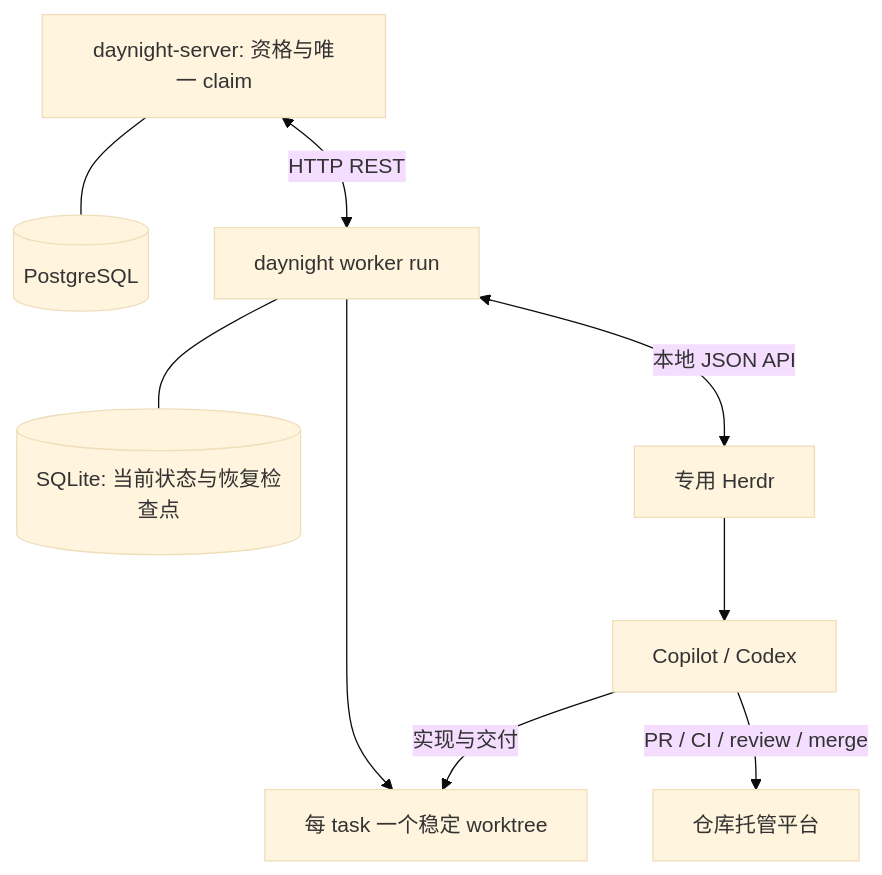
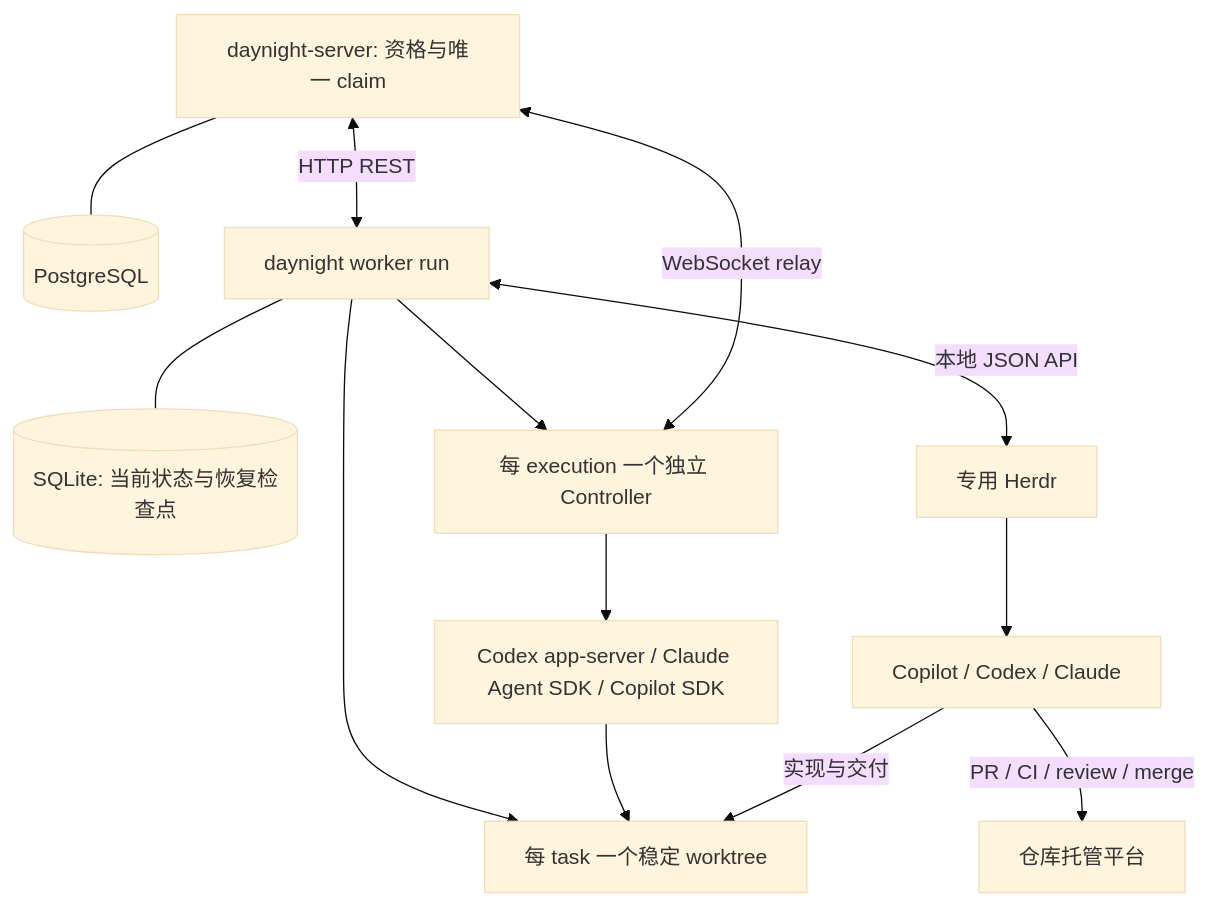
The diagram in docs/design/daynight-worker.md (codetreker/daynight), drawn with Mermaid (base theme) before and after one commit. The commit also changed other lines of this file and 81 other files, not shown here.

````diff
--- a/docs/design/daynight-worker.md
+++ b/docs/design/daynight-worker.md
@@ -21,11 +21,15 @@
 ```mermaid
 flowchart TB
   S[daynight-server: 资格与唯一 claim] --- P[(PostgreSQL)]
   S <-->|HTTP REST| W[daynight worker run]
   W --- D[(SQLite: 当前状态与恢复检查点)]
   W --> G[每 task 一个稳定 worktree]
   W <-->|本地 JSON API| H[专用 Herdr]
-  H --> A[Copilot / Codex]
+  H --> A[Copilot / Codex / Claude]
+  W --> C[每 execution 一个独立 Controller]
+  C --> N[Codex app-server / Claude Agent SDK / Copilot SDK]
+  C <-->|WebSocket relay| S
+  N --> G
   A -->|实现与交付| G
   A -->|PR / CI / review / merge| R[仓库托管平台]
 ```
````
